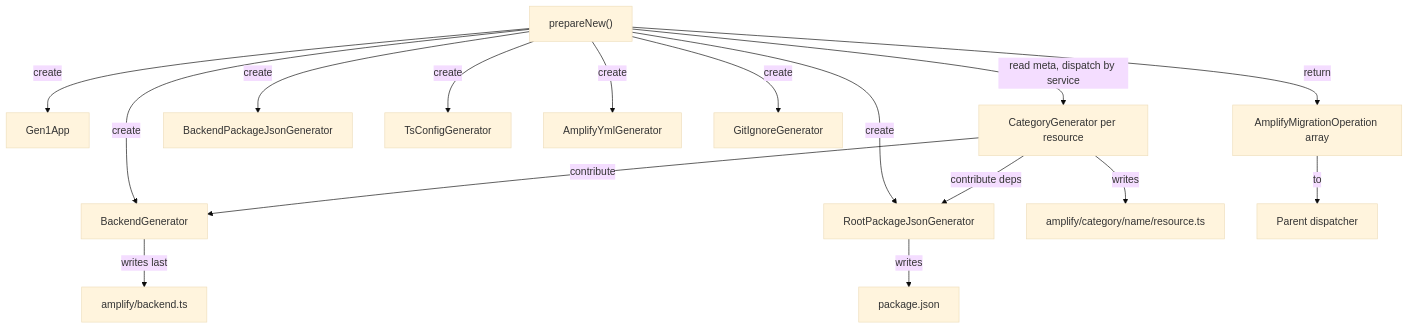
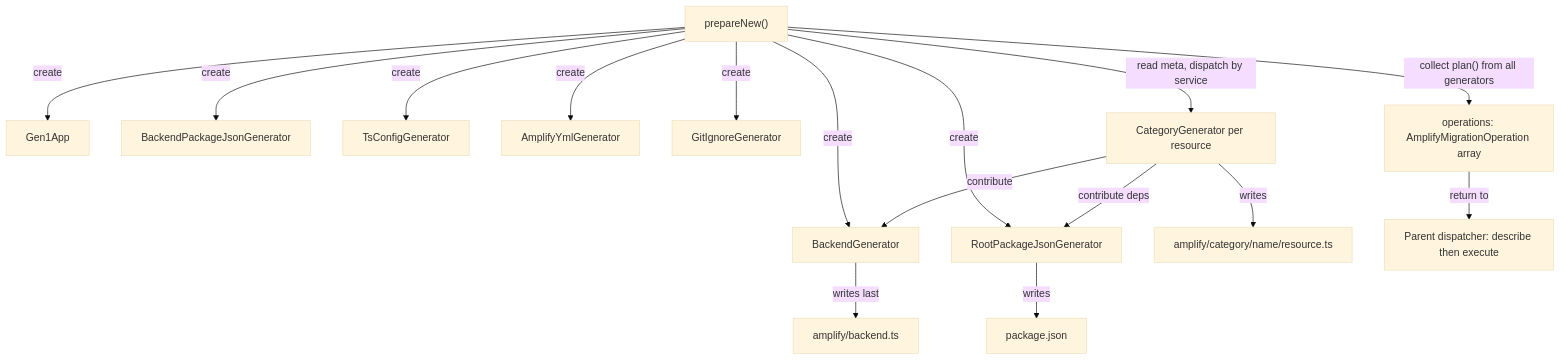
Before and after one commit to aws-amplify/amplify-cli: the diagram in docs/packages/amplify-cli/src/commands/gen2-migration/generate-new/overview.md, drawn with Mermaid (base theme).

Commit message:
docs: Clarify operations collection in flow chart
Show that the orchestrator collects plan() from all generators
into the operations array, which is then returned to the parent
dispatcher.
---
Prompt: the amplify migration operation is not clear there.
change it such that its clear that each generator contributes
its plan to the array of operations created by the orchestrator.

````diff
--- a/docs/packages/amplify-cli/src/commands/gen2-migration/generate-new/overview.md
+++ b/docs/packages/amplify-cli/src/commands/gen2-migration/generate-new/overview.md
@@ -85,23 +85,22 @@
 ```mermaid
 flowchart TD
     STEP["prepareNew()"] -->|create| G1[Gen1App]
     STEP -->|create| BG[BackendGenerator]
     STEP -->|create| PKG[RootPackageJsonGenerator]
+    STEP -->|create| BPKG[BackendPackageJsonGenerator]
+    STEP -->|create| TSC[TsConfigGenerator]
+    STEP -->|create| YML[AmplifyYmlGenerator]
+    STEP -->|create| GIT[GitIgnoreGenerator]
 
     STEP -->|read meta, dispatch by service| CAT["CategoryGenerator per resource"]
 
     CAT -->|writes| RES["amplify/category/name/resource.ts"]
     CAT -->|contribute| BG
     CAT -->|contribute deps| PKG
 
     BG -->|writes last| BACK["amplify/backend.ts"]
     PKG -->|writes| PKGF["package.json"]
 
-    STEP -->|create| BPKG[BackendPackageJsonGenerator]
-    STEP -->|create| TSC[TsConfigGenerator]
-    STEP -->|create| YML[AmplifyYmlGenerator]
-    STEP -->|create| GIT[GitIgnoreGenerator]
-
-    STEP -->|return| OPS["AmplifyMigrationOperation array"]
-    OPS -->|to| DISP["Parent dispatcher"]
+    STEP -->|"collect plan() from all generators"| OPS["operations: AmplifyMigrationOperation array"]
+    OPS -->|return to| DISP["Parent dispatcher: describe then execute"]
 ```
````
